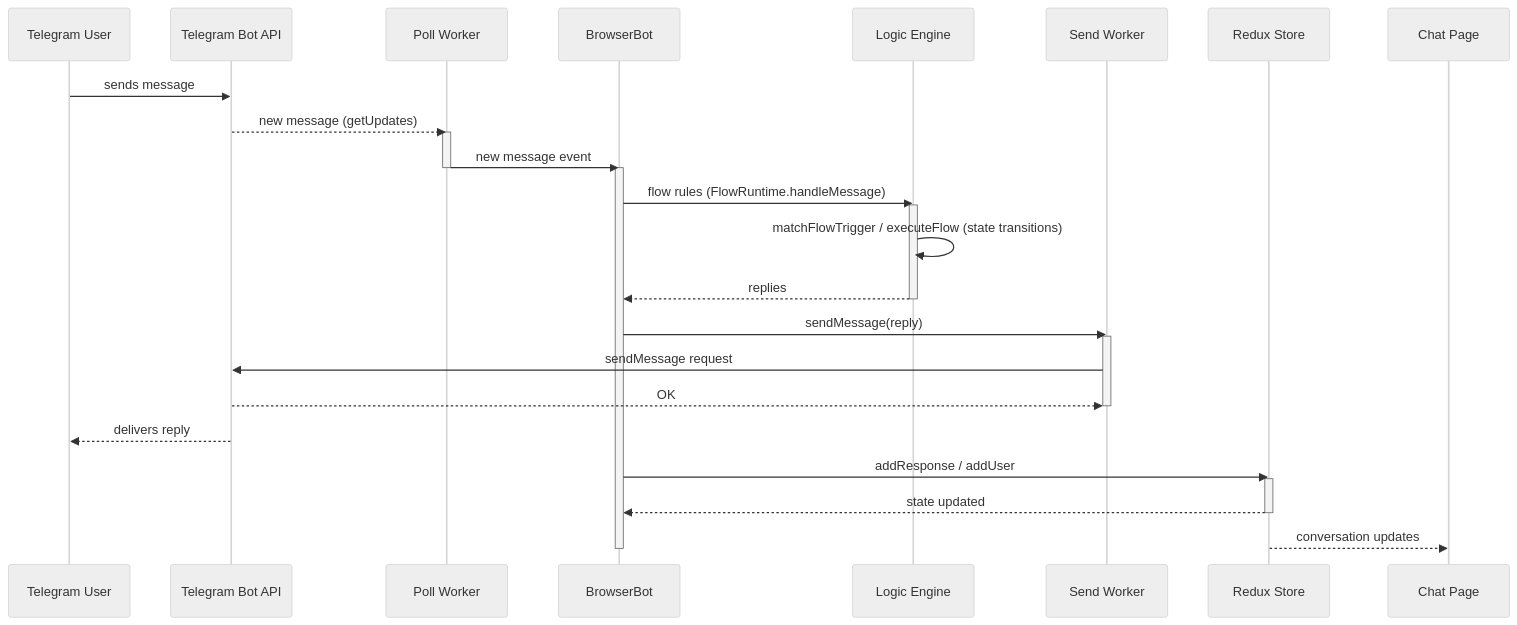
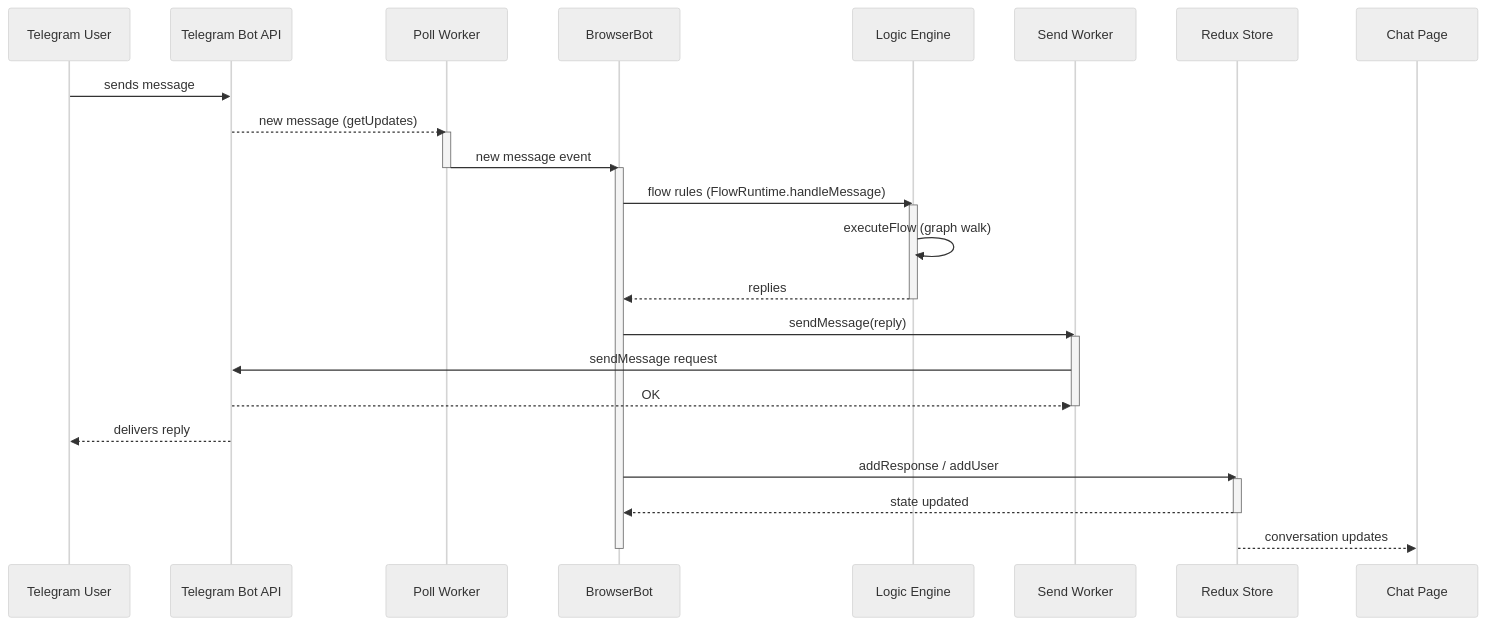
One commit to Jh123x/telegram-bot-on-browser changed the third of 6 diagrams in docs/ARCHITECTURE.md. Above: the diagram before and after it, drawn with Mermaid (neutral theme). The commit also changed other lines of this file and 25 other files, not shown here.

````diff
--- a/docs/ARCHITECTURE.md
+++ b/docs/ARCHITECTURE.md
@@ -116,35 +116,35 @@
 ```mermaid
 sequenceDiagram
   participant U as Telegram User
   participant API as Telegram Bot API
   participant PW as Poll Worker
   participant B as BrowserBot
   participant L as Logic Engine
   participant SW as Send Worker
   participant S as Redux Store
   participant C as Chat Page
 
   U->>API: sends message
   API-->>PW: new message (getUpdates)
   activate PW
   PW->>B: new message event
   deactivate PW
   activate B
   B->>L: flow rules (FlowRuntime.handleMessage)
   activate L
-  L->>L: matchFlowTrigger / executeFlow (state transitions)
+  L->>L: executeFlow (graph walk)
   L-->>B: replies
   deactivate L
   B->>SW: sendMessage(reply)
   activate SW
   SW->>API: sendMessage request
   API-->>SW: OK
   deactivate SW
   API-->>U: delivers reply
   B->>S: addResponse / addUser
   activate S
   S-->>B: state updated
   deactivate S
   S-->>C: conversation updates
   deactivate B
 ```
````
